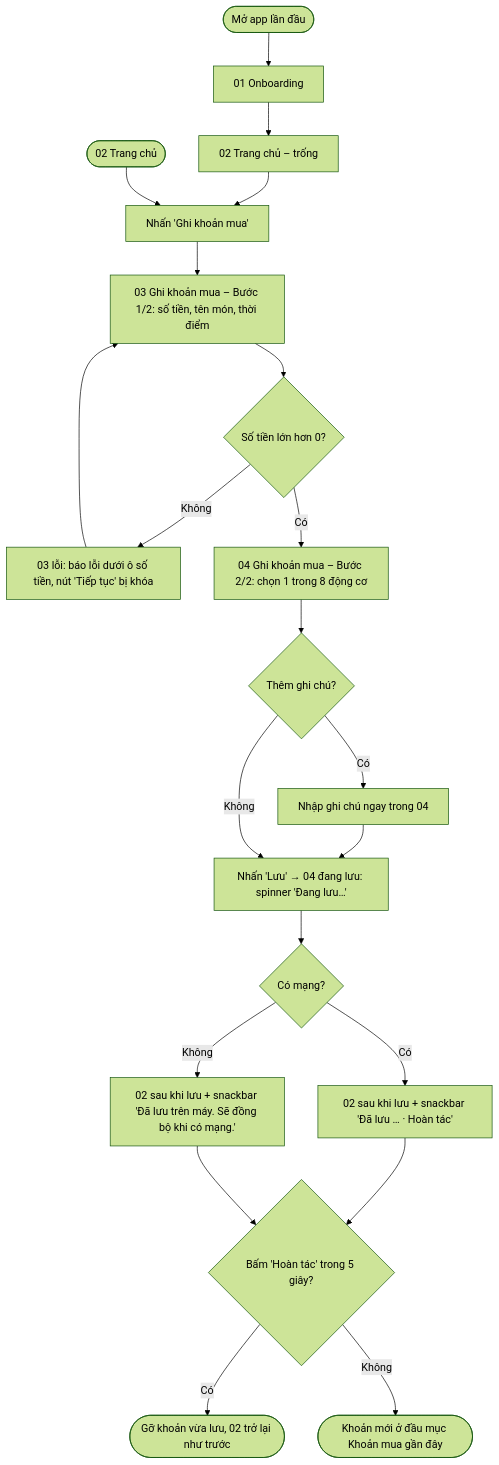
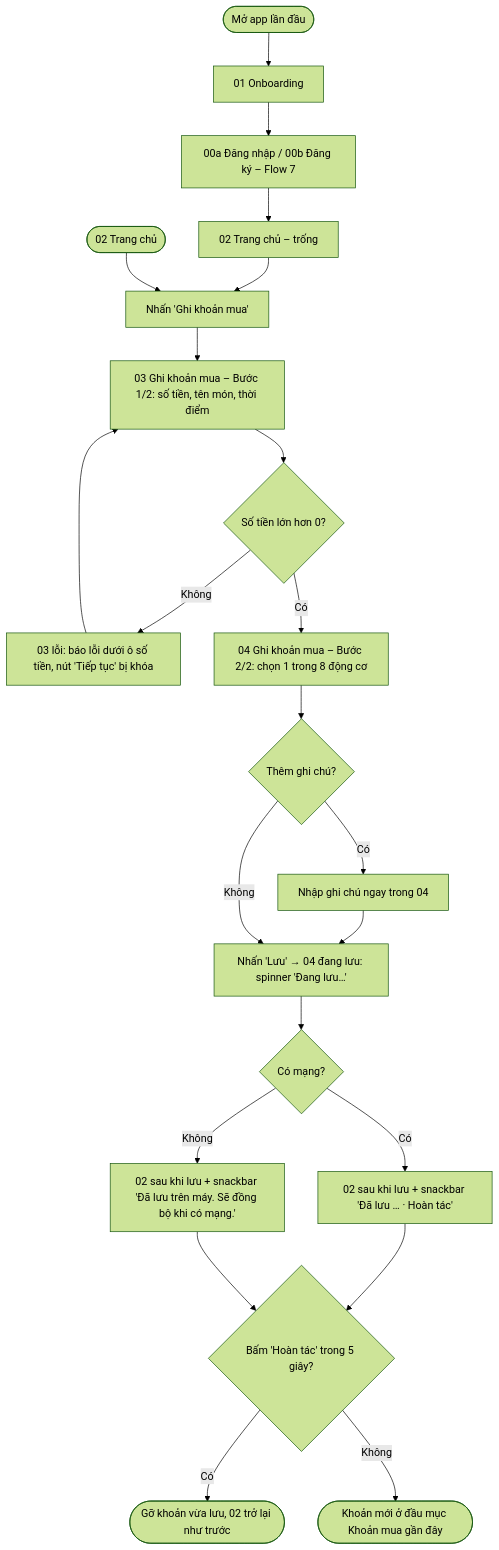
One commit to hoanghuan2005/prm393_lab02 changed the second of 8 diagrams in ux/user-flow.md. Above: the diagram before and after it, drawn with Mermaid (forest theme). The commit also changed other lines of this file and 54 other files, not shown here.

Commit message:
update design documentation and user flow details

````diff
--- a/ux/user-flow.md
+++ b/ux/user-flow.md
@@ -58,20 +64,20 @@
 ```mermaid
 flowchart TD
-    First([Mở app lần đầu]) --> S01[01 Onboarding] --> Empty[02 Trang chủ – trống]
+    First([Mở app lần đầu]) --> S01[01 Onboarding] --> Auth[00a Đăng nhập / 00b Đăng ký – Flow 7] --> Empty[02 Trang chủ – trống]
     Empty --> Add
     Start([02 Trang chủ]) --> Add[Nhấn 'Ghi khoản mua']
     Add --> S03[03 Ghi khoản mua – Bước 1/2: số tiền, tên món, thời điểm]
     S03 --> Valid{Số tiền lớn hơn 0?}
     Valid -->|Không| Err[03 lỗi: báo lỗi dưới ô số tiền, nút 'Tiếp tục' bị khóa] --> S03
     Valid -->|Có| S04[04 Ghi khoản mua – Bước 2/2: chọn 1 trong 8 động cơ]
     S04 --> Note{Thêm ghi chú?}
     Note -->|Có| Write[Nhập ghi chú ngay trong 04] --> Save
     Note -->|Không| Save[Nhấn 'Lưu' → 04 đang lưu: spinner 'Đang lưu…']
     Save --> Net{Có mạng?}
     Net -->|Có| Done[02 sau khi lưu + snackbar 'Đã lưu … · Hoàn tác']
     Net -->|Không| Offline[02 sau khi lưu + snackbar 'Đã lưu trên máy. Sẽ đồng bộ khi có mạng.']
     Done --> Undo{Bấm 'Hoàn tác' trong 5 giây?}
     Offline --> Undo
     Undo -->|Có| Back([Gỡ khoản vừa lưu, 02 trở lại như trước])
     Undo -->|Không| End([Khoản mới ở đầu mục Khoản mua gần đây])
 ```
````
